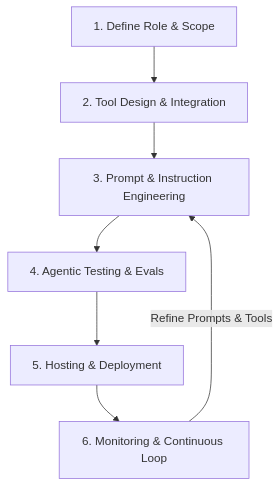
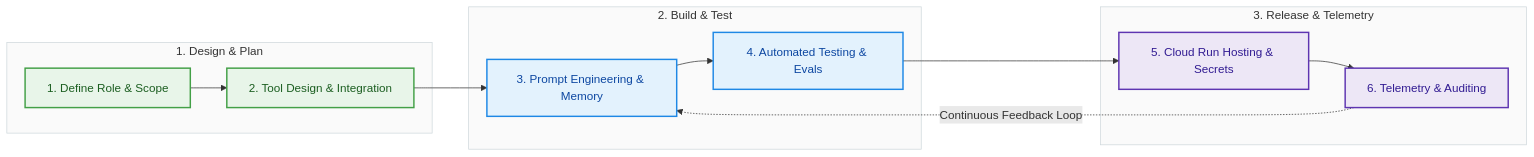
Before and after one commit to Sunilrana1978/travel-agent: the diagram in docs/agentic_ai_lifecycle.md, drawn with Mermaid.

Commit message:
docs: style agentic lifecycle diagram with subgraphs and class styles

````diff
--- a/docs/agentic_ai_lifecycle.md
+++ b/docs/agentic_ai_lifecycle.md
@@ -11,9 +11,38 @@
 ```mermaid
-flowchart TD
-    A[1. Define Role & Scope] --> B[2. Tool Design & Integration]
-    B --> C[3. Prompt & Instruction Engineering]
-    C --> D[4. Agentic Testing & Evals]
-    D --> E[5. Hosting & Deployment]
-    E --> F[6. Monitoring & Continuous Loop]
-    F --> |Refine Prompts & Tools| C
+flowchart LR
+    %% Styles Definition
+    classDef dev fill:#E3F2FD,stroke:#1E88E5,stroke-width:2px,color:#0D47A1;
+    classDef ops fill:#EDE7F6,stroke:#5E35B1,stroke-width:2px,color:#311B92;
+    classDef plan fill:#E8F5E9,stroke:#43A047,stroke-width:2px,color:#1B5E20;
+
+    %% Subgraphs for Phases
+    subgraph DesignPhase ["1. Design & Plan"]
+        A["1. Define Role & Scope"]:::plan
+        B["2. Tool Design & Integration"]:::plan
+    end
+
+    subgraph DevPhase ["2. Build & Test"]
+        C["3. Prompt Engineering & Memory"]:::dev
+        D["4. Automated Testing & Evals"]:::dev
+    end
+
+    subgraph OpsPhase ["3. Release & Telemetry"]
+        E["5. Cloud Run Hosting & Secrets"]:::ops
+        F["6. Telemetry & Auditing"]:::ops
+    end
+
+    %% Connections
+    A --> B
+    B --> C
+    C --> D
+    D --> E
+    E --> F
+    
+    %% Feedback Loop
+    F -.->|"Continuous Feedback Loop"| C
+    
+    %% Styling subgraphs
+    style DesignPhase fill:#FAFAFA,stroke:#CFD8DC,stroke-width:1px
+    style DevPhase fill:#FAFAFA,stroke:#CFD8DC,stroke-width:1px
+    style OpsPhase fill:#FAFAFA,stroke:#CFD8DC,stroke-width:1px
 ```
````
